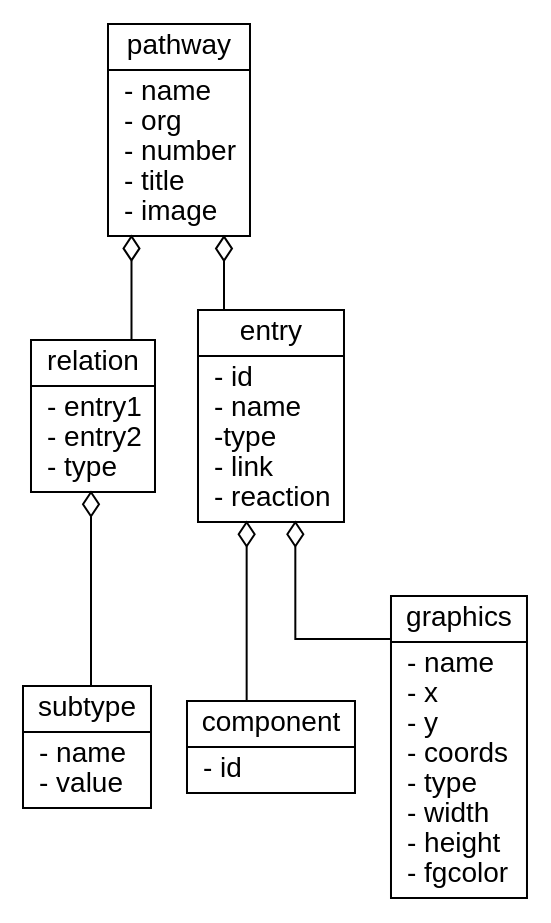
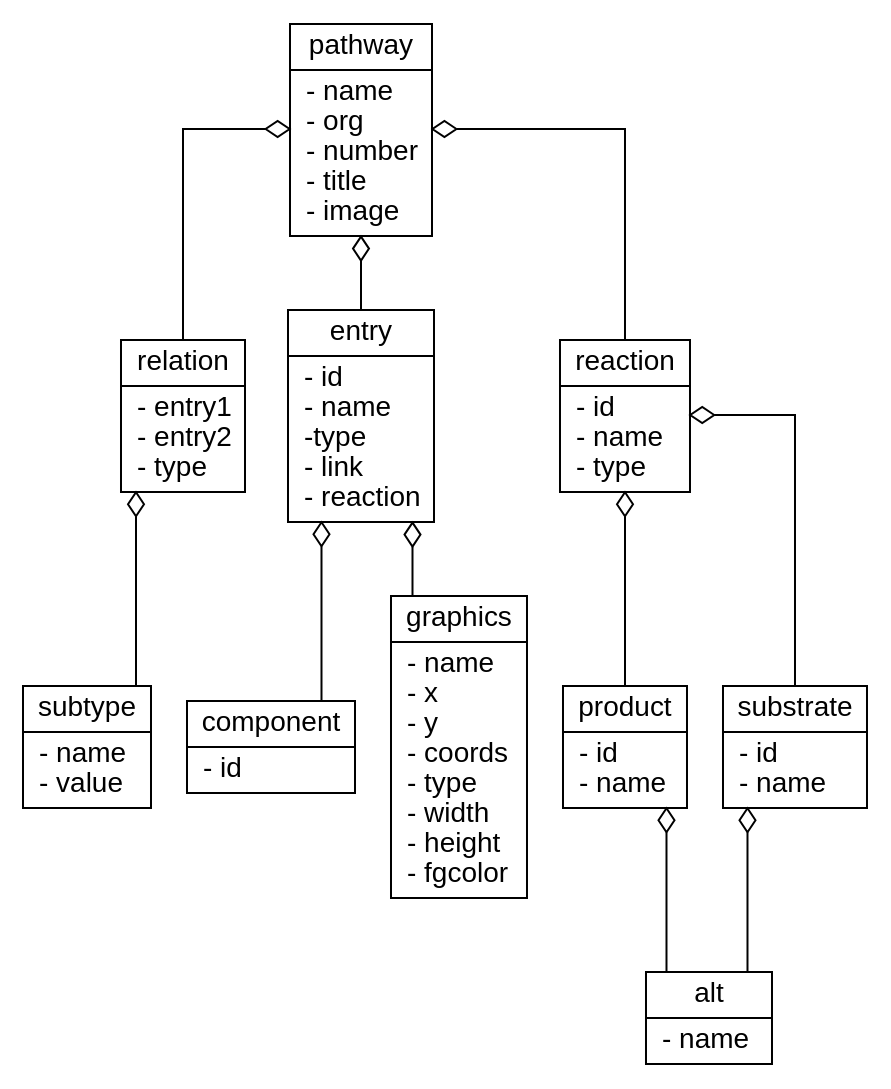
Before and after one commit to harryhaller001/keggtools: the diagram in reproducibility/figures/figure1.dot, drawn with Graphviz. The commit also changed 11 other files, not shown here.

Commit message:
adding placeholder file for kgml manual in docs; adding kgml schema image to media; adding intersphinx to docs and formatting all docstrings correctly to match intersphinx pattern

```diff
--- a/reproducibility/figures/figure1.dot
+++ b/reproducibility/figures/figure1.dot
@@ -1,33 +1,45 @@
 // ORM structure of KEGGTOOLS models
 // Modified from https://www.kegg.jp/kegg/xml/docs/kgml_class.png
 
 digraph KGMLTree {
 
     // Node specs
     node [shape=record fontname=Arial];
     rankdir=BT;
     splines="ortho";
 
     // nodes
     pathway  [label="{pathway|- name\l- org\l- number\l- title\l- image\l}"];
-    // reaction  [label="{reaction|- id\l- name\l- type\l}"];
+
     relation [label="{relation|- entry1\l- entry2\l- type\l}"];
     subtype [label="{subtype|- name\l- value\l}"];
     entry [label="{entry|- id\l- name\l-type\l- link\l- reaction\l}"];
     component [label="{component|- id\l}"]
     graphics [label="{graphics|- name\l- x\l- y\l- coords\l- type\l- width\l- height\l- fgcolor\l}"]
 
+    reaction  [label="{reaction|- id\l- name\l- type\l}"];
+    product [label="{product|- id\l- name\l}"]
+    substrate [label="{substrate|- id\l- name\l}"]
+    alt [label="{alt|- name \l}"]
+
 
     // Edges
-    // reaction -> pathway [arrowhead=odiamond arrowsize=1];
+    reaction -> pathway [arrowhead=odiamond arrowsize=1];
     relation -> pathway [arrowhead=odiamond arrowsize=1];
     subtype -> relation [arrowhead=odiamond arrowsize=1];
     entry -> pathway [arrowhead=odiamond arrowsize=1];
     component -> entry [arrowhead=odiamond arrowsize=1];
     graphics -> entry [arrowhead=odiamond arrowsize=1];
 
+
+    product -> reaction [arrowhead=odiamond arrowsize=1];
+    substrate -> reaction [arrowhead=odiamond arrowsize=1];
+
+    alt -> product [arrowhead=odiamond arrowsize=1];
+    alt -> substrate [arrowhead=odiamond arrowsize=1];
+
     {rank=same; entry; relation}
     {rank=same; subtype; component; graphics}
 
 
 }
```
